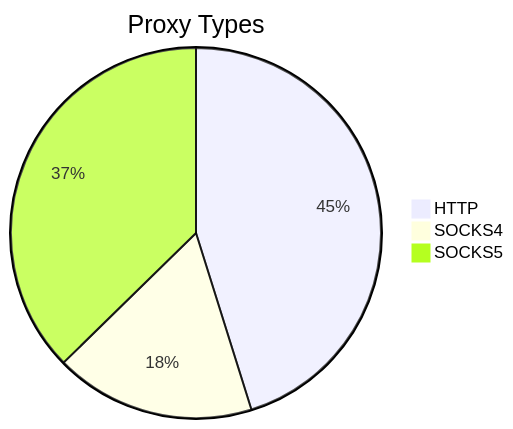
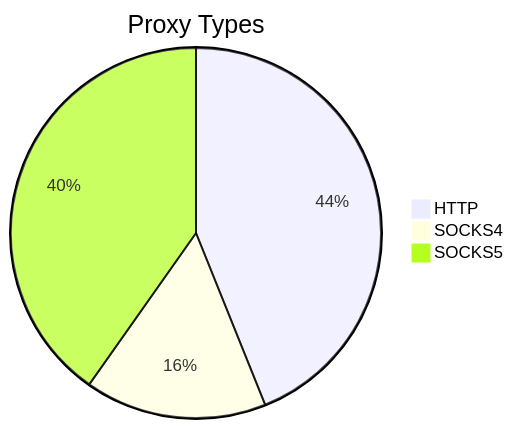
The first of 2 diagrams in README.md (stormsia/proxy-list), drawn with Mermaid before and after one commit. The commit also changed other lines of this file, not shown here.

````diff
--- a/README.md
+++ b/README.md
@@ -21,6 +21,6 @@
 ```mermaid
 pie title Proxy Types
-    "HTTP" : 98
-    "SOCKS4" : 38
-    "SOCKS5" : 81
+    "HTTP" : 155
+    "SOCKS4" : 56
+    "SOCKS5" : 142
 ```
````
